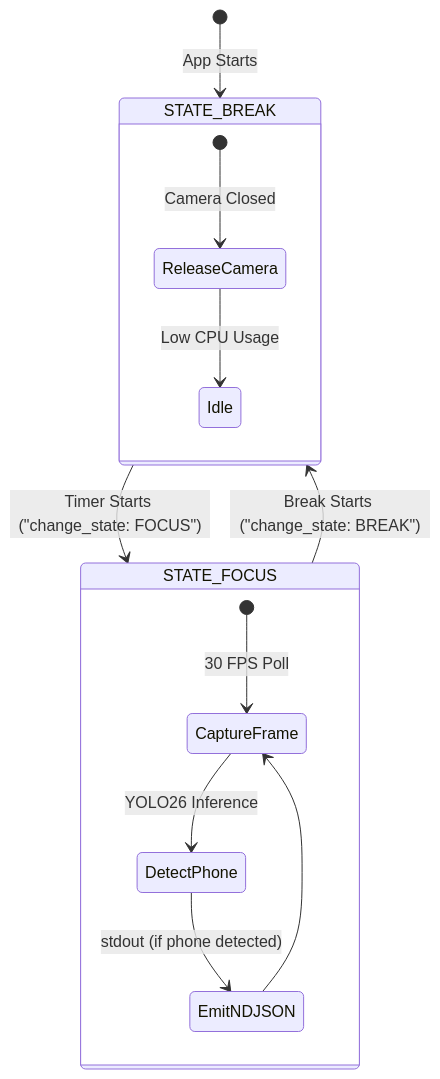
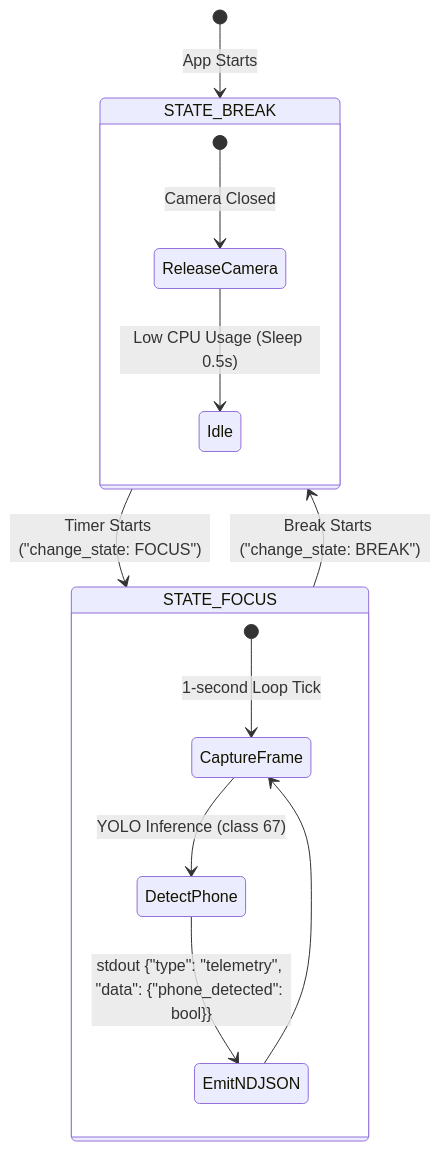
The diagram in src-python/core/CONTEXT.md (Masterslayer7/FocusSentinel), drawn with Mermaid before and after one commit. The commit also changed other lines of this file and 8 other files, not shown here.

Commit message:
feat: implement hardware camera switching, wsl python bridge fixes, and base yolo detection

````diff
--- a/src-python/core/CONTEXT.md
+++ b/src-python/core/CONTEXT.md
@@ -25,19 +24,19 @@
 ```mermaid
 stateDiagram-v2
     [*] --> STATE_BREAK: App Starts
     
     STATE_BREAK --> STATE_FOCUS: Timer Starts ("change_state: FOCUS")
     STATE_FOCUS --> STATE_BREAK: Break Starts ("change_state: BREAK")
     
     state STATE_FOCUS {
-        [*] --> CaptureFrame: 30 FPS Poll
-        CaptureFrame --> DetectPhone: YOLO26 Inference
-        DetectPhone --> EmitNDJSON: stdout (if phone detected)
+        [*] --> CaptureFrame: 1-second Loop Tick
+        CaptureFrame --> DetectPhone: YOLO Inference (class 67)
+        DetectPhone --> EmitNDJSON: stdout {"type": "telemetry", "data": {"phone_detected": bool}}
         EmitNDJSON --> CaptureFrame
     }
     
     state STATE_BREAK {
         [*] --> ReleaseCamera: Camera Closed
-        ReleaseCamera --> Idle: Low CPU Usage
+        ReleaseCamera --> Idle: Low CPU Usage (Sleep 0.5s)
     }
 ```
````
